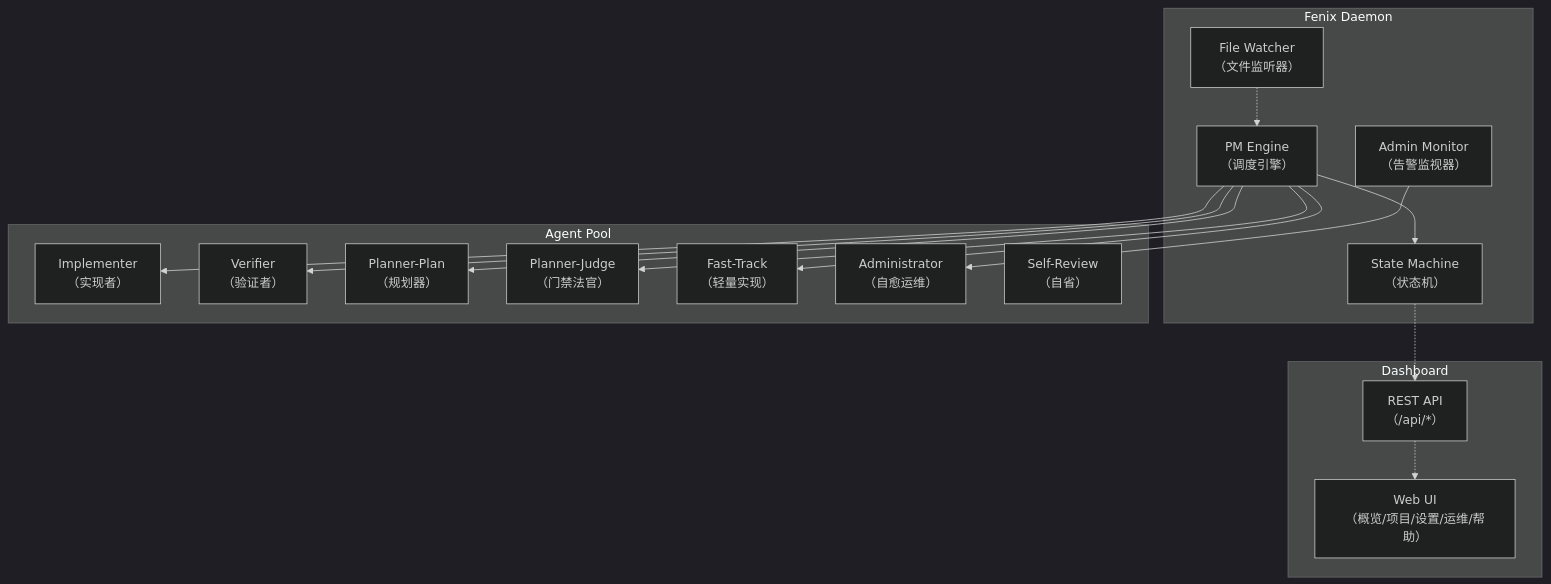
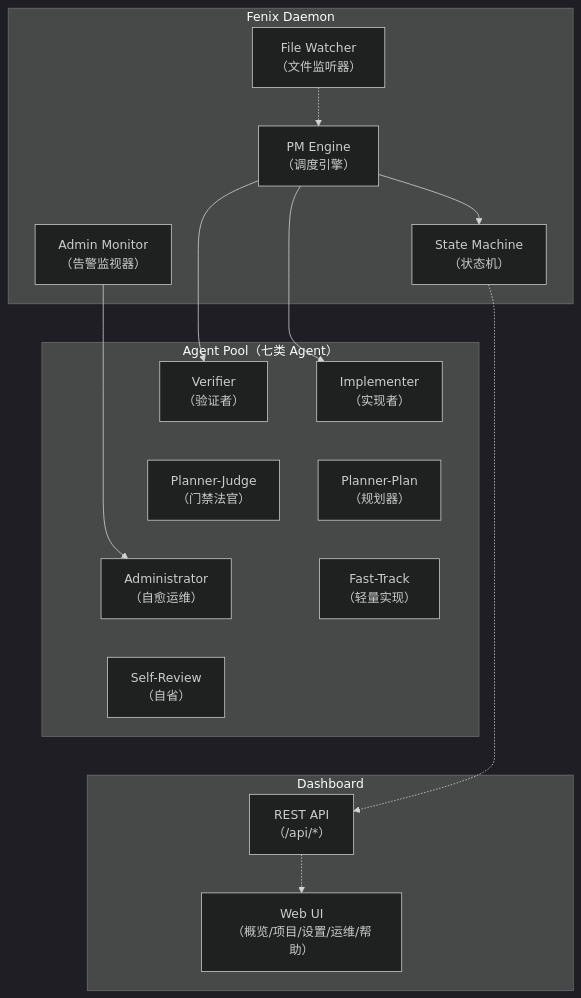
The first of 2 diagrams in docs/help/02-concepts.md (fenixsoft/fenixd), drawn with Mermaid (dark theme) before and after one commit. The commit also changed 26 other files, not shown here.

First line of the commit message:
[fenix] 用户收尾工作收编 + admin run 解包修复 + 归档清理

````diff
--- a/docs/help/02-concepts.md
+++ b/docs/help/02-concepts.md
@@ -16,31 +16,40 @@
 ```mermaid
 graph TB
-    subgraph "Fenix Daemon"
+    subgraph DAEMON ["Fenix Daemon"]
+        FW["File Watcher\n（文件监听器）"]
+        AM["Admin Monitor\n（告警监视器）"]
         PM["PM Engine\n（调度引擎）"]
         SM["State Machine\n（状态机）"]
-        AM["Admin Monitor\n（告警监视器）"]
-        FW["File Watcher\n（文件监听器）"]
+        FW -.-> PM
+        PM --> SM
     end
 
-    subgraph "Agent Pool"
+    subgraph POOL ["Agent Pool（七类 Agent）"]
         IMP["Implementer\n（实现者）"]
         VER["Verifier\n（验证者）"]
         PP["Planner-Plan\n（规划器）"]
         PJ["Planner-Judge\n（门禁法官）"]
         FT["Fast-Track\n（轻量实现）"]
         ADM["Administrator\n（自愈运维）"]
         SR["Self-Review\n（自省）"]
+        IMP ~~~ PP
+        PP ~~~ FT
+        VER ~~~ PJ
+        PJ ~~~ ADM
+        ADM ~~~ SR
     end
 
-    subgraph "Dashboard"
+    subgraph DASH ["Dashboard"]
+        API["REST API\n（/api/*）"]
         WEB["Web UI\n（概览/项目/设置/运维/帮助）"]
-        API["REST API\n（/api/*）"]
+        API -.-> WEB
     end
 
-    PM --> SM
-    PM --> IMP & VER & PP & PJ & FT
+    PM --> IMP
+    PM --> VER
     AM --> ADM
     SM -.-> API
-    API -.-> WEB
-    FW -.-> PM
+    SM ~~~ IMP
+    SM ~~~ VER
+    SR ~~~ API
 ```
````
